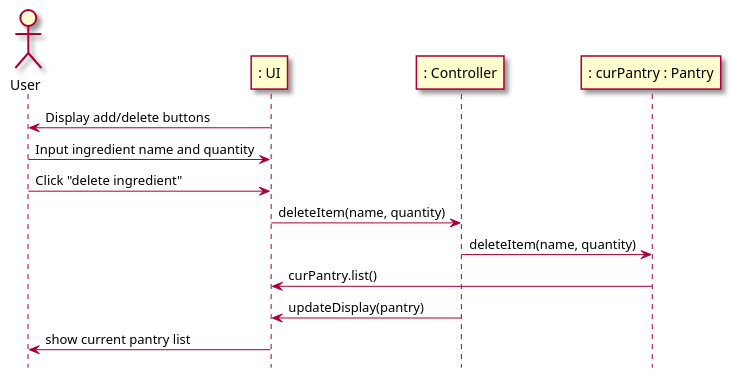
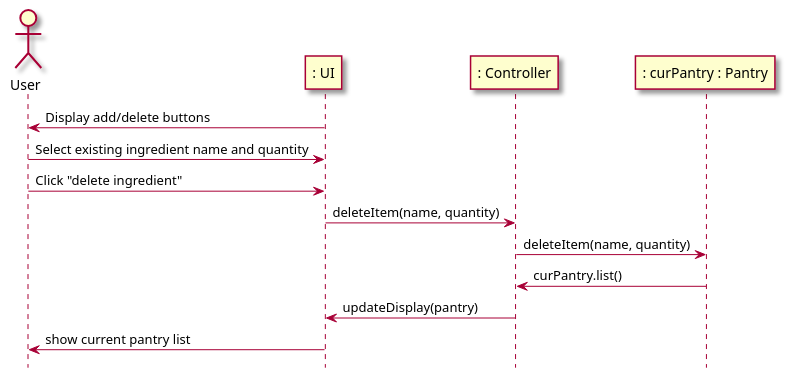
The third of 3 diagrams in intellij/doc/use-cases/manage_pantry.md (berthashipper/Pantry-Pal-Android-Application), drawn with PlantUML before and after one commit. The commit also changed other lines of this file, not shown here.

Commit message:
Adjustments to manage_pantry sequence diagrams

`````diff
--- a/intellij/doc/use-cases/manage_pantry.md
+++ b/intellij/doc/use-cases/manage_pantry.md
@@ -87,22 +87,22 @@
 ```plantuml
 @startuml
 skin rose
 
 hide footbox
 
 actor User as user
 participant ": UI" as ui
 participant ": Controller"  as cont
 participant ": curPantry : Pantry" as pantry
 
 ui -> user : Display add/delete buttons
-user -> ui : Input ingredient name and quantity
+user -> ui : Select existing ingredient name and quantity
 user -> ui : Click "delete ingredient"
 ui -> cont : deleteItem(name, quantity)
 cont -> pantry : deleteItem(name, quantity)
-pantry -> ui : curPantry.list()
+pantry -> cont : curPantry.list()
 cont -> ui : updateDisplay(pantry)
 ui -> user : show current pantry list
 
 @enduml
 ````
`````
